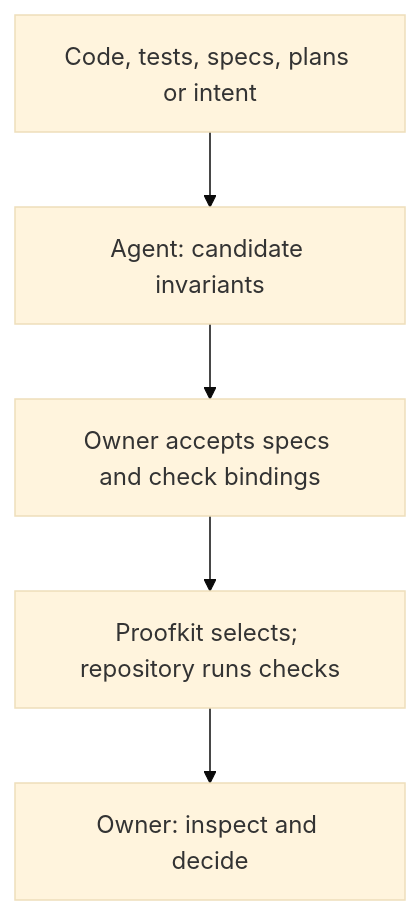
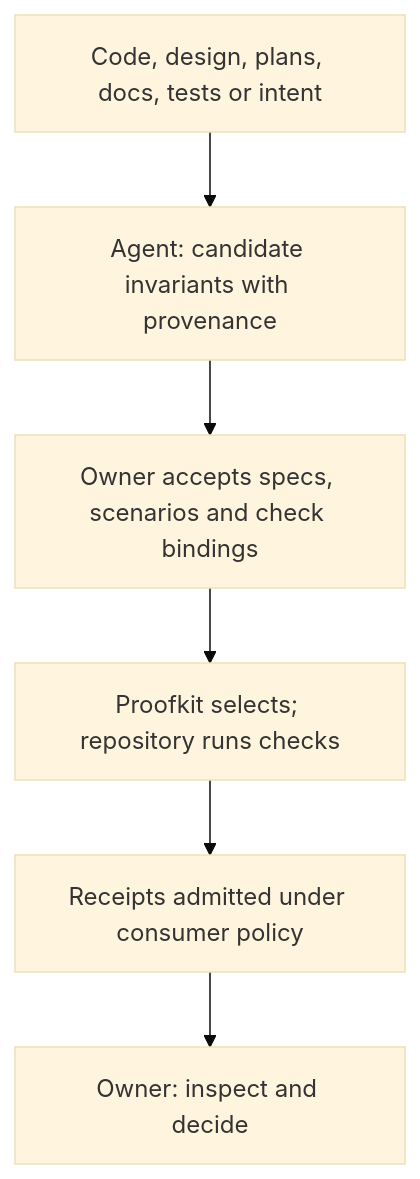
The diagram in README.md (research-engineering/agentic-proofkit), drawn with Mermaid (base theme) before and after one commit. The commit also changed other lines of this file and 80 other files, not shown here.

````diff
--- a/README.md
+++ b/README.md
@@ -44,7 +44,8 @@
 ```mermaid
 flowchart TB
-    Sources["Code, tests, specs, plans or intent"] --> Draft["Agent: candidate invariants"]
-    Draft --> Spec["Owner accepts specs and check bindings"]
+    Sources["Code, design, plans, docs, tests or intent"] --> Draft["Agent: candidate invariants with provenance"]
+    Draft --> Spec["Owner accepts specs, scenarios and check bindings"]
     Spec --> Run["Proofkit selects; repository runs checks"]
-    Run --> Review["Owner: inspect and decide"]
+    Run --> Receipts["Receipts admitted under consumer policy"]
+    Receipts --> Review["Owner: inspect and decide"]
 ```
````
